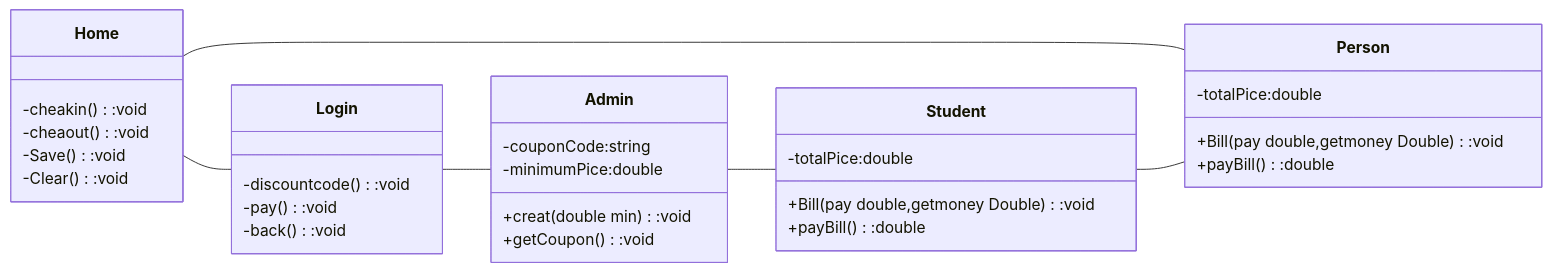
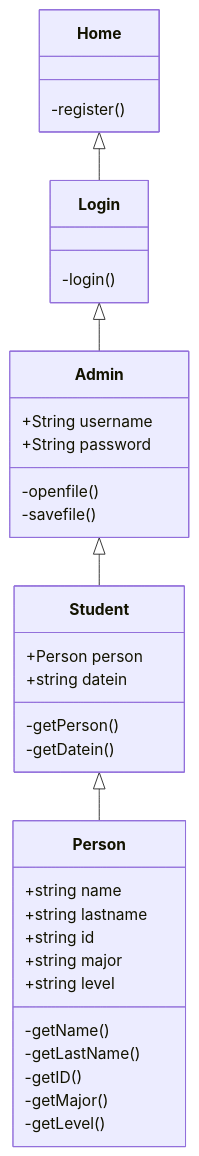
Before and after one commit to MDM007MDM/FP: the diagram in ProjectRoom-main/README.md, drawn with Mermaid.

````diff
--- a/ProjectRoom-main/README.md
+++ b/ProjectRoom-main/README.md
@@ -10,37 +10,40 @@
 ```mermaid
 classDiagram
-  direction LR
   class Home{
-  -cheakin():void
-  -cheaout():void
-  -Save():void
-  -Clear():void
+    -register()
 }
   class Login{
-  -discountcode():void
-  -pay():void
-  -back():void
+    -login()
   }
   class Admin{
-  -couponCode:string
-  -minimumPice:double
-  +creat(double min):void
-  +getCoupon():void
+    +String username
+    +String password
+    -openfile()
+    -savefile()
   }
   class Person{
-  -totalPice:double
-  +Bill(pay double,getmoney Double):void
-  +payBill():double
+    +string name
+    +string lastname
+    +string id
+    +string major
+    +string level
+    -getName()
+    -getLastName()
+    -getID()
+    -getMajor()
+    -getLevel()
    }
   class Student{
-  -totalPice:double
-  +Bill(pay double,getmoney Double):void
-  +payBill():double
+    +Person person
+    +string datein
+    -getPerson()
+    -getDatein()
    }
-  Home -- Login
-  Home -- Person
-  Login -- Admin
-  Admin -- Student
-  Student -- Person
+
+   Home <|-- Login
+   Login <|-- Admin
+   Admin <|-- Student
+   Student <|-- Person
+  
 
 ```
````
